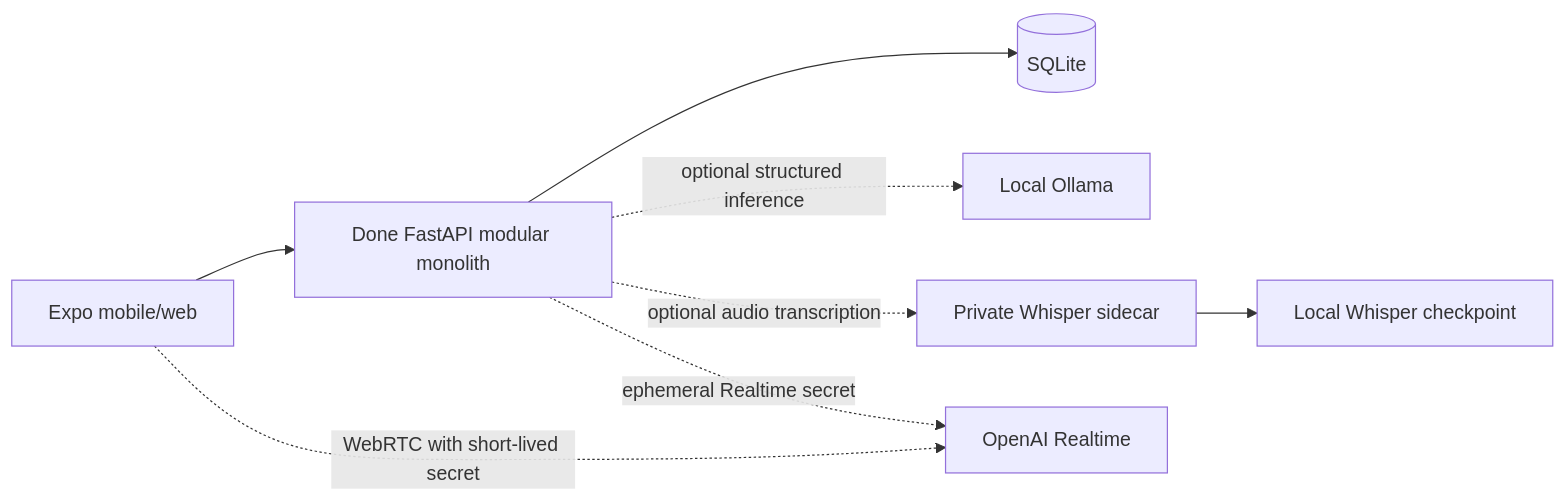
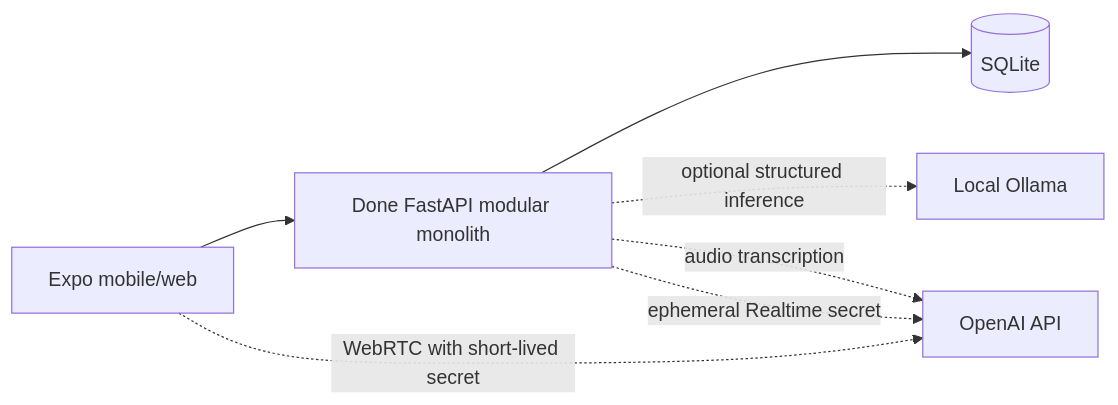
One commit to pawelkonior/done changed the diagram in docs/architecture.md. Above: the diagram before and after it, drawn with Mermaid. The commit also changed other lines of this file and 2 other files, not shown here.

````diff
--- a/docs/architecture.md
+++ b/docs/architecture.md
@@ -12,10 +12,9 @@
 ```mermaid
 flowchart LR
     Mobile["Expo mobile/web"] --> API["Done FastAPI modular monolith"]
     API --> DB[("SQLite")]
     API -. "optional structured inference" .-> Ollama["Local Ollama"]
-    API -. "optional audio transcription" .-> STT["Private Whisper sidecar"]
-    API -. "ephemeral Realtime secret" .-> OpenAI["OpenAI Realtime"]
+    API -. "audio transcription" .-> OpenAI["OpenAI API"]
+    API -. "ephemeral Realtime secret" .-> OpenAI
     Mobile -. "WebRTC with short-lived secret" .-> OpenAI
-    STT --> Model["Local Whisper checkpoint"]
 ```
````
